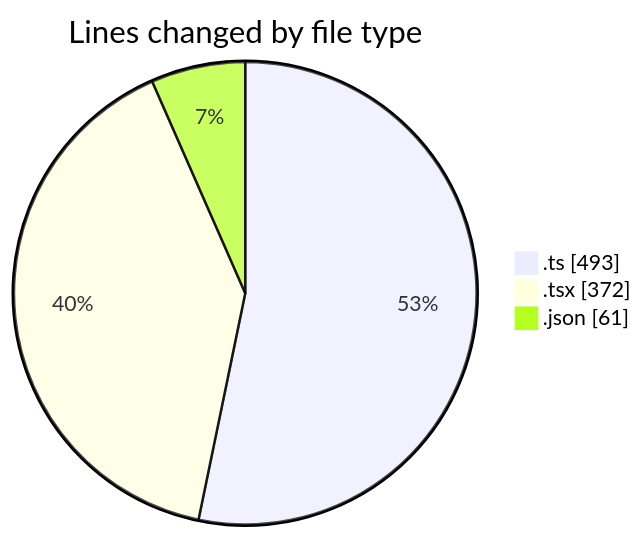
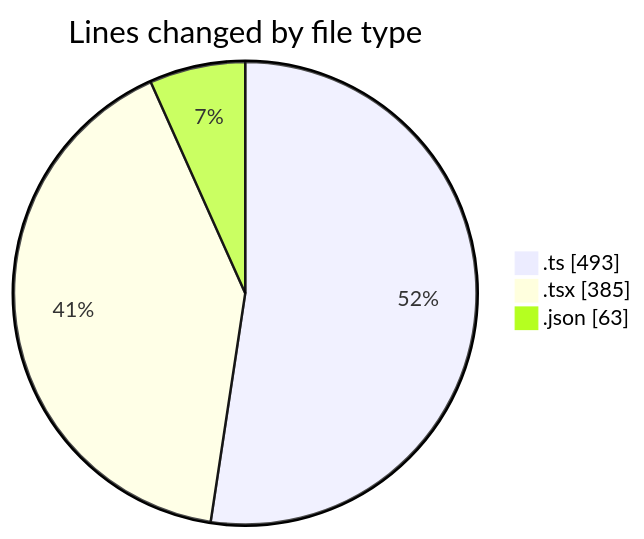
The first of 2 diagrams in 2025-11-24/eventscop-frontend-guide__workspace_/README.md (julien-gomy/code-tracking), drawn with Mermaid before and after one commit. The commit also changed other lines of this file and 1 other file, not shown here.

````diff
--- a/2025-11-24/eventscop-frontend-guide__workspace_/README.md
+++ b/2025-11-24/eventscop-frontend-guide__workspace_/README.md
@@ -33,7 +33,7 @@
 ```mermaid
 pie showData
 title Lines changed by file type
 ".ts" : 493
-".tsx" : 372
-".json" : 61
+".tsx" : 385
+".json" : 63
 ```
````
